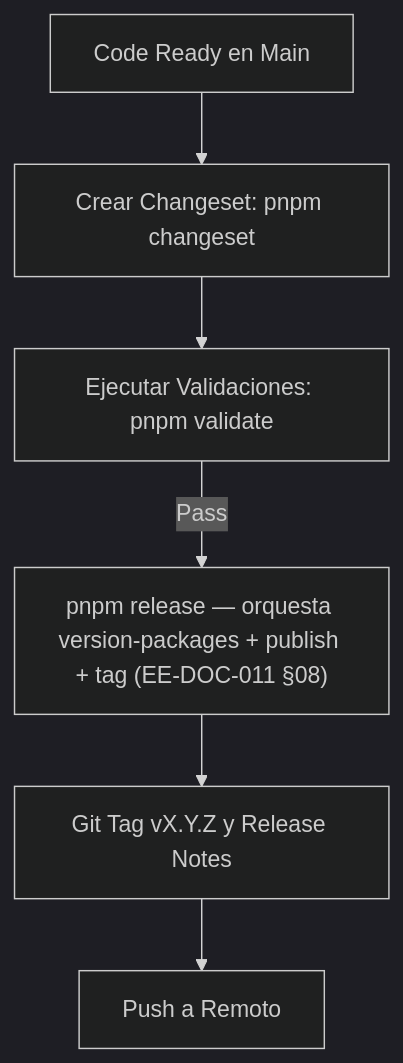
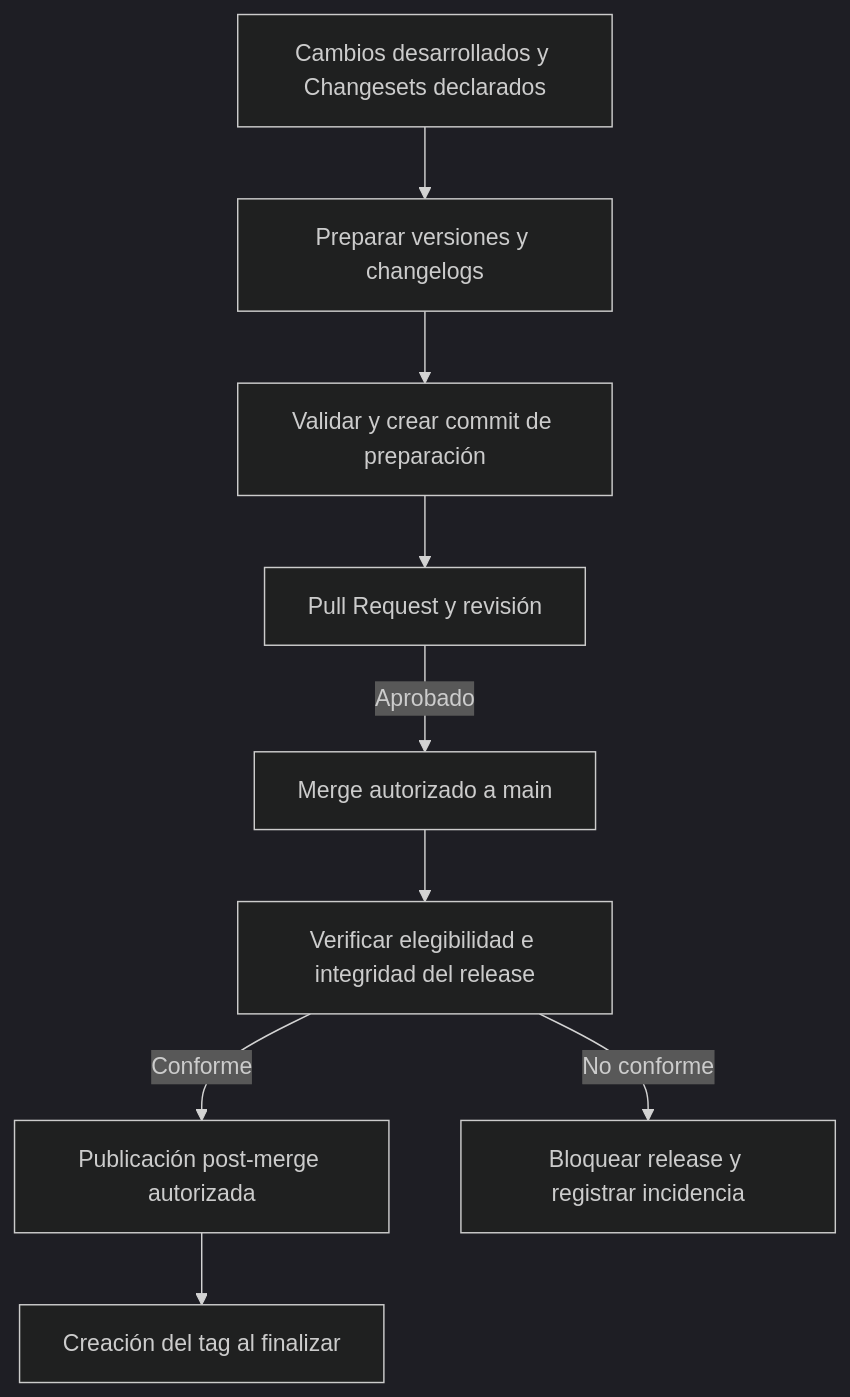
One commit to EQ-LABS-TECH/ee-monorepo changed diagram 13 of 15 in docs/architecture/EE-DOC-005_Development_Workflow.md. Above: the diagram before and after it, drawn with Mermaid (dark theme). The commit also changed other lines of this file and 25 other files, not shown here.

Commit message:
feat(release): implement governed release provenance and post-merge publishing (#26)

````diff
--- a/docs/architecture/EE-DOC-005_Development_Workflow.md
+++ b/docs/architecture/EE-DOC-005_Development_Workflow.md
@@ -1384,8 +1384,11 @@
 ```mermaid
 flowchart TD
-    A[Code Ready en Main] --> B[Crear Changeset: pnpm changeset]
-    B --> C[Ejecutar Validaciones: pnpm validate]
-    C -->|Pass| D["pnpm release — orquesta version-packages + publish + tag (EE-DOC-011 §08)"]
-    D --> E[Git Tag vX.Y.Z y Release Notes]
-    E --> F[Push a Remoto]
+    A[Cambios desarrollados y Changesets declarados] --> B[Preparar versiones y changelogs]
+    B --> C[Validar y crear commit de preparación]
+    C --> D[Pull Request y revisión]
+    D -->|Aprobado| E[Merge autorizado a main]
+    E --> F[Verificar elegibilidad e integridad del release]
+    F -->|Conforme| G[Publicación post-merge autorizada]
+    G --> H[Creación del tag al finalizar]
+    F -->|No conforme| I[Bloquear release y registrar incidencia]
 ```
````
